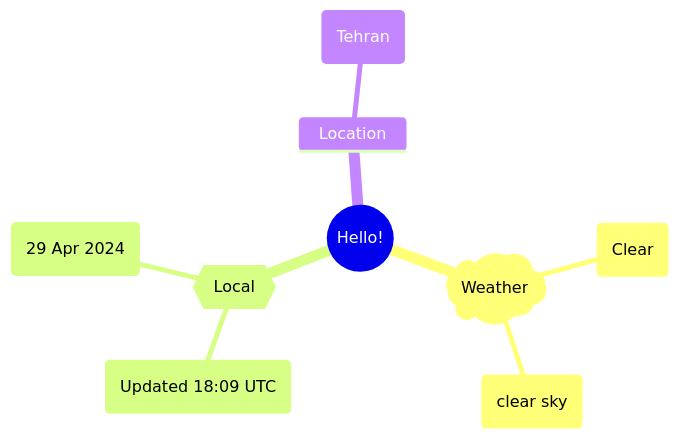
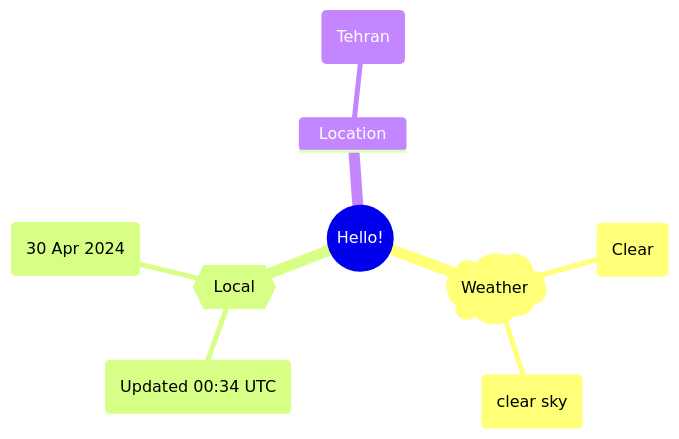
One commit to Xosrov/Xosrov changed the first of 2 diagrams in README.md. Above: the diagram before and after it, drawn with Mermaid.

Commit message:
[bot] updated images

````diff
--- a/README.md
+++ b/README.md
@@ -3,12 +3,12 @@
 ```mermaid
 mindmap
   root((Hello!))
     )Weather(
         (Clear)
         (clear sky)
     {{Local}}
-        (Updated 18:09 UTC)
-        (29 Apr 2024)
+        (Updated 00:34 UTC)
+        (30 Apr 2024)
     Location
         (Tehran)
 ```
````
